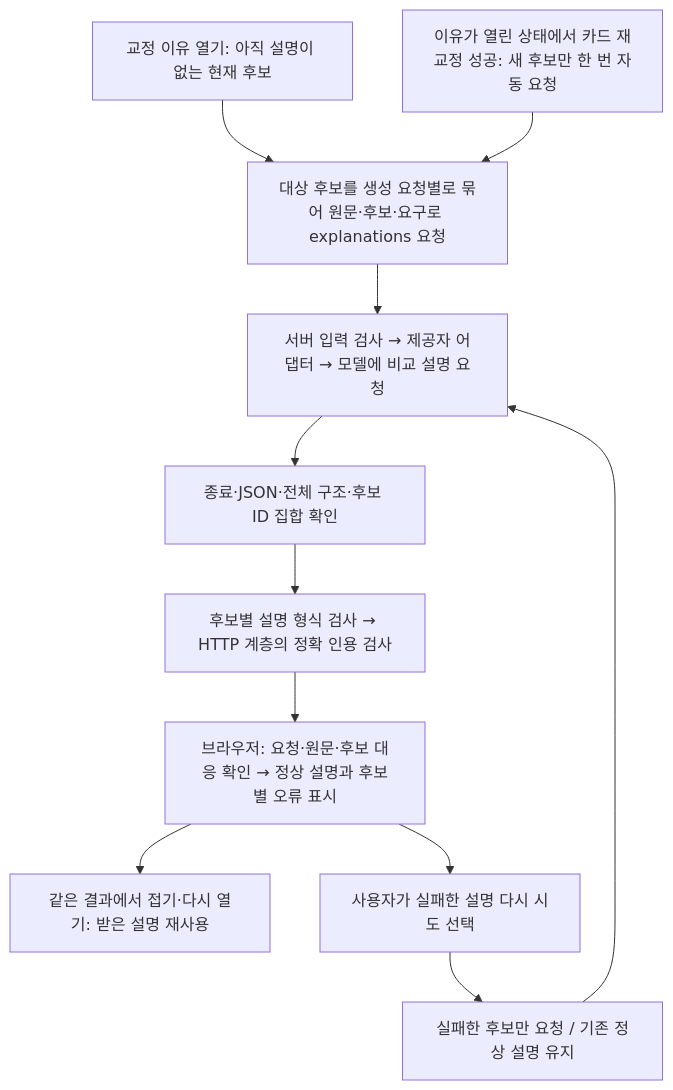
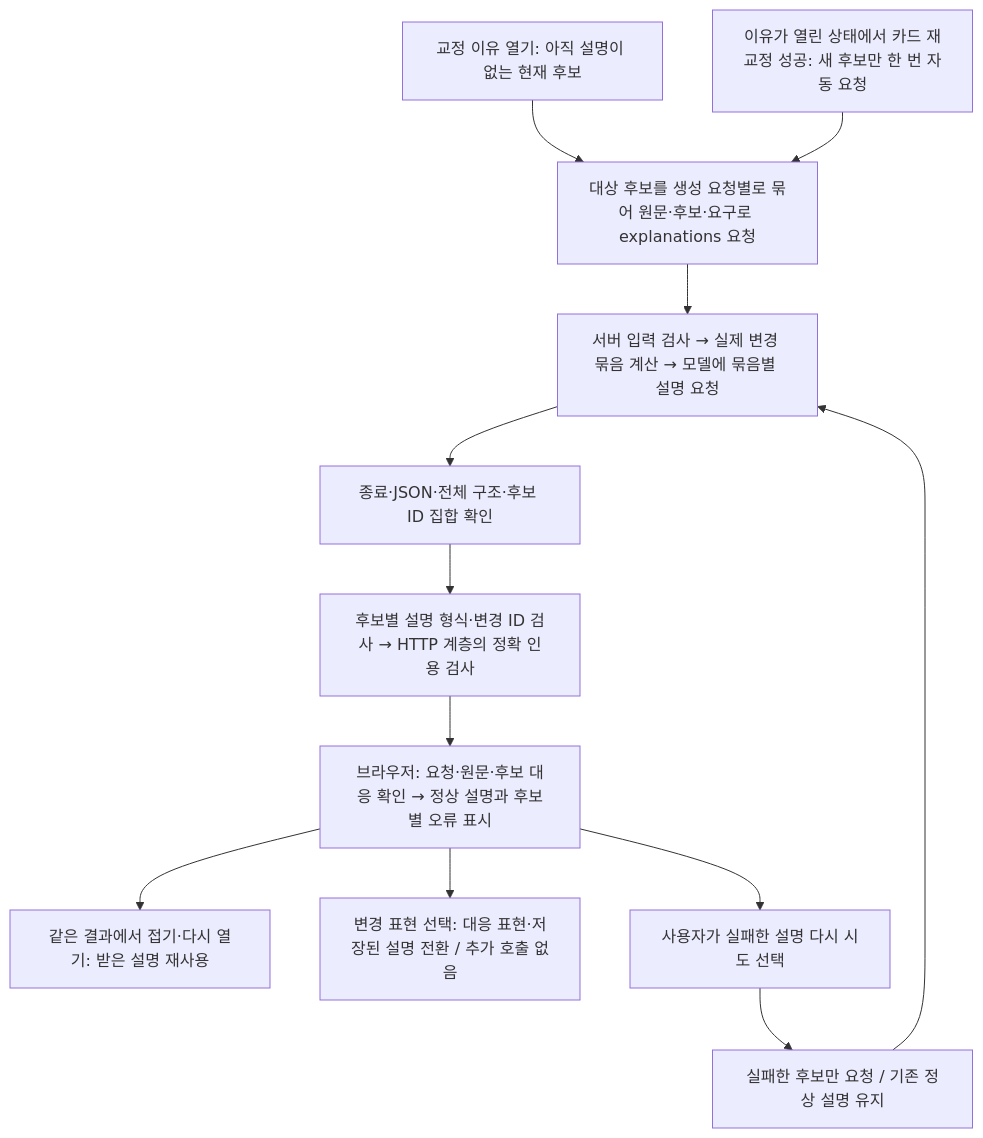
One commit to dhwjdgh1122/writing-demo changed the second of 2 diagrams in docs/ARCHITECTURE.md. Above: the diagram before and after it, drawn with Mermaid. The commit also changed other lines of this file and 27 other files, not shown here.

````diff
--- a/docs/ARCHITECTURE.md
+++ b/docs/ARCHITECTURE.md
@@ -48,13 +48,14 @@
 ```mermaid
 flowchart TD
     A["교정 이유 열기: 아직 설명이 없는 현재 후보"] --> B["대상 후보를 생성 요청별로 묶어 원문·후보·요구로 explanations 요청"]
     R["이유가 열린 상태에서 카드 재교정 성공: 새 후보만 한 번 자동 요청"] --> B
-    B --> C["서버 입력 검사 → 제공자 어댑터 → 모델에 비교 설명 요청"]
+    B --> C["서버 입력 검사 → 실제 변경 묶음 계산 → 모델에 묶음별 설명 요청"]
     C --> D["종료·JSON·전체 구조·후보 ID 집합 확인"]
-    D --> E["후보별 설명 형식 검사 → HTTP 계층의 정확 인용 검사"]
+    D --> E["후보별 설명 형식·변경 ID 검사 → HTTP 계층의 정확 인용 검사"]
     E --> F["브라우저: 요청·원문·후보 대응 확인 → 정상 설명과 후보별 오류 표시"]
     F --> G["같은 결과에서 접기·다시 열기: 받은 설명 재사용"]
+    F --> J["변경 표현 선택: 대응 표현·저장된 설명 전환 / 추가 호출 없음"]
     F --> H["사용자가 실패한 설명 다시 시도 선택"]
     H --> I["실패한 후보만 요청 / 기존 정상 설명 유지"]
     I --> C
 ```
````
